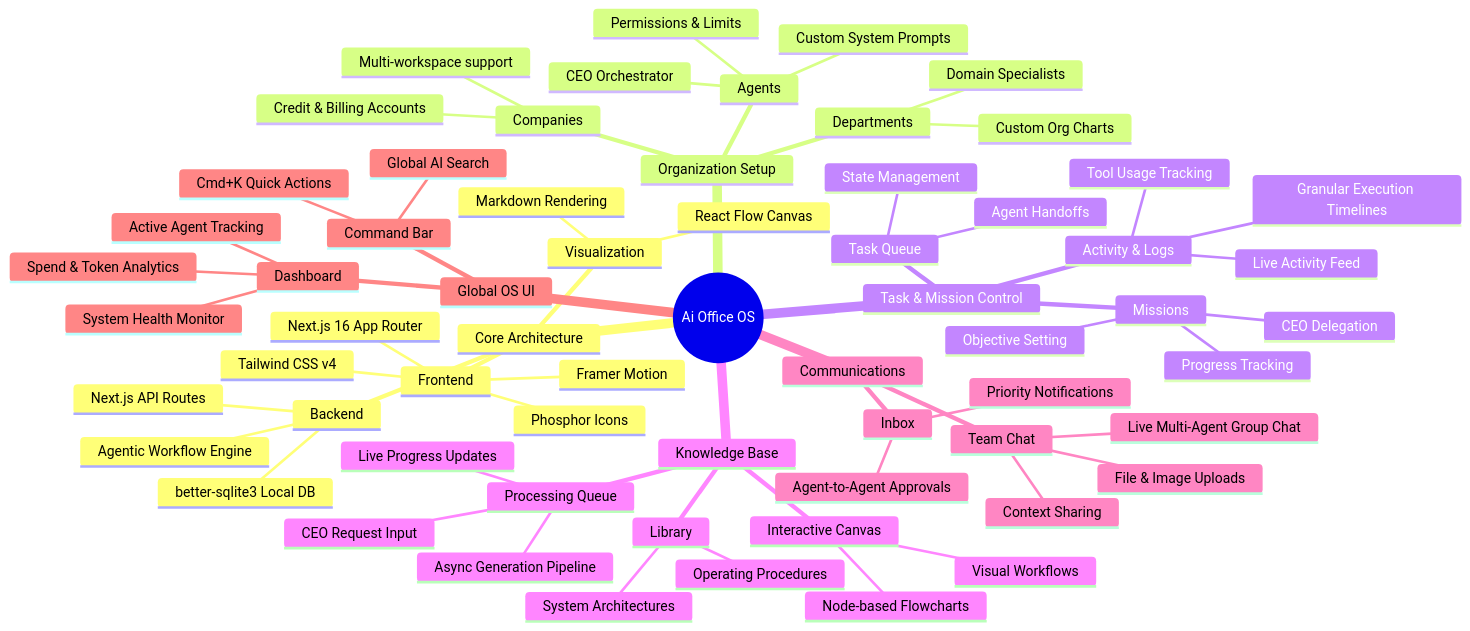
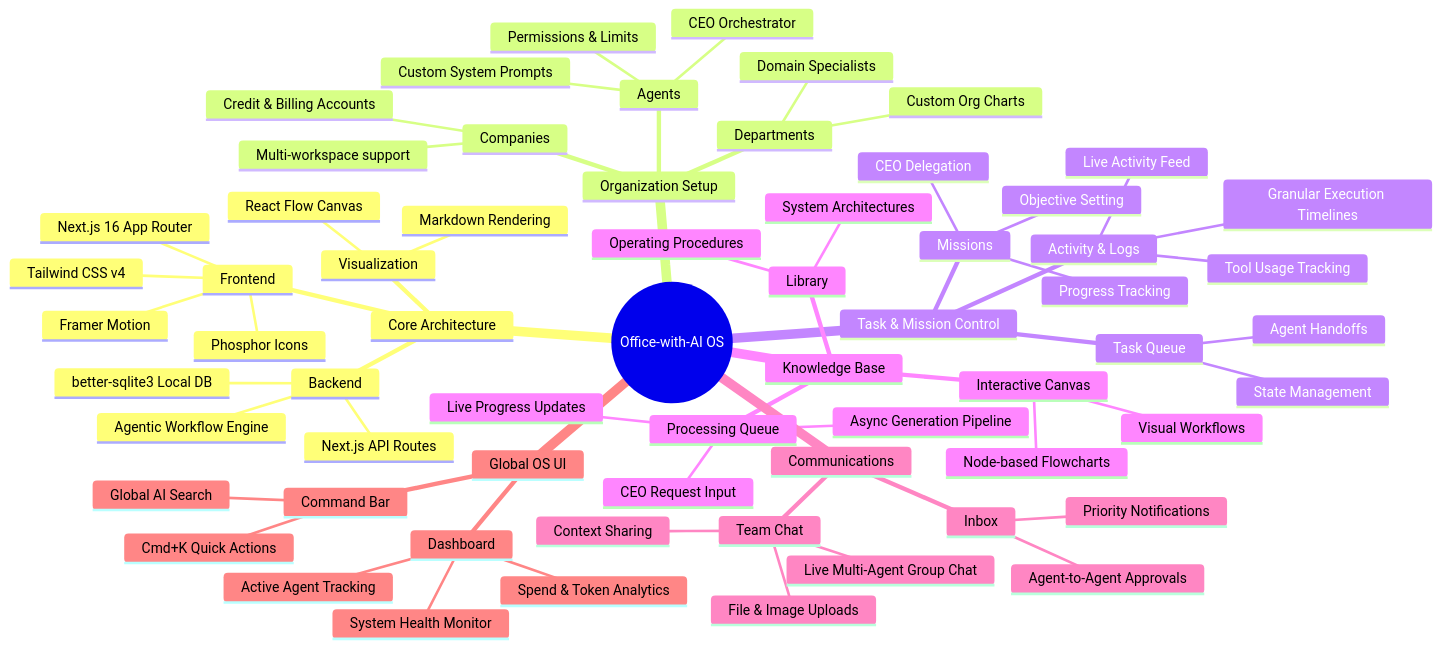
The diagram in README.md (himanshu-rag/Office-with-AI), drawn with Mermaid before and after one commit. The commit also changed other lines of this file and 10 other files, not shown here.

````diff
--- a/README.md
+++ b/README.md
@@ -7,67 +7,67 @@
 ```mermaid
 mindmap
-  root((Ai Office OS))
+  root((Office-with-AI OS))
     Core Architecture
       Frontend
         Next.js 16 App Router
         Tailwind CSS v4
         Framer Motion
         Phosphor Icons
       Backend
         Next.js API Routes
         better-sqlite3 Local DB
         Agentic Workflow Engine
       Visualization
         React Flow Canvas
         Markdown Rendering
     Organization Setup
       Companies
         Multi-workspace support
         Credit & Billing Accounts
       Departments
         Custom Org Charts
         Domain Specialists
       Agents
         CEO Orchestrator
         Custom System Prompts
         Permissions & Limits
     Task & Mission Control
       Missions
         Objective Setting
         CEO Delegation
         Progress Tracking
       Task Queue
         State Management
         Agent Handoffs
       Activity & Logs
         Live Activity Feed
         Granular Execution Timelines
         Tool Usage Tracking
     Knowledge Base
       Library
         Operating Procedures
         System Architectures
       Processing Queue
         CEO Request Input
         Async Generation Pipeline
         Live Progress Updates
       Interactive Canvas
         Node-based Flowcharts
         Visual Workflows
     Communications
       Inbox
         Agent-to-Agent Approvals
         Priority Notifications
       Team Chat
         Live Multi-Agent Group Chat
         File & Image Uploads
         Context Sharing
     Global OS UI
       Command Bar
         Cmd+K Quick Actions
         Global AI Search
       Dashboard
         Active Agent Tracking
         System Health Monitor
         Spend & Token Analytics
 ```
````
